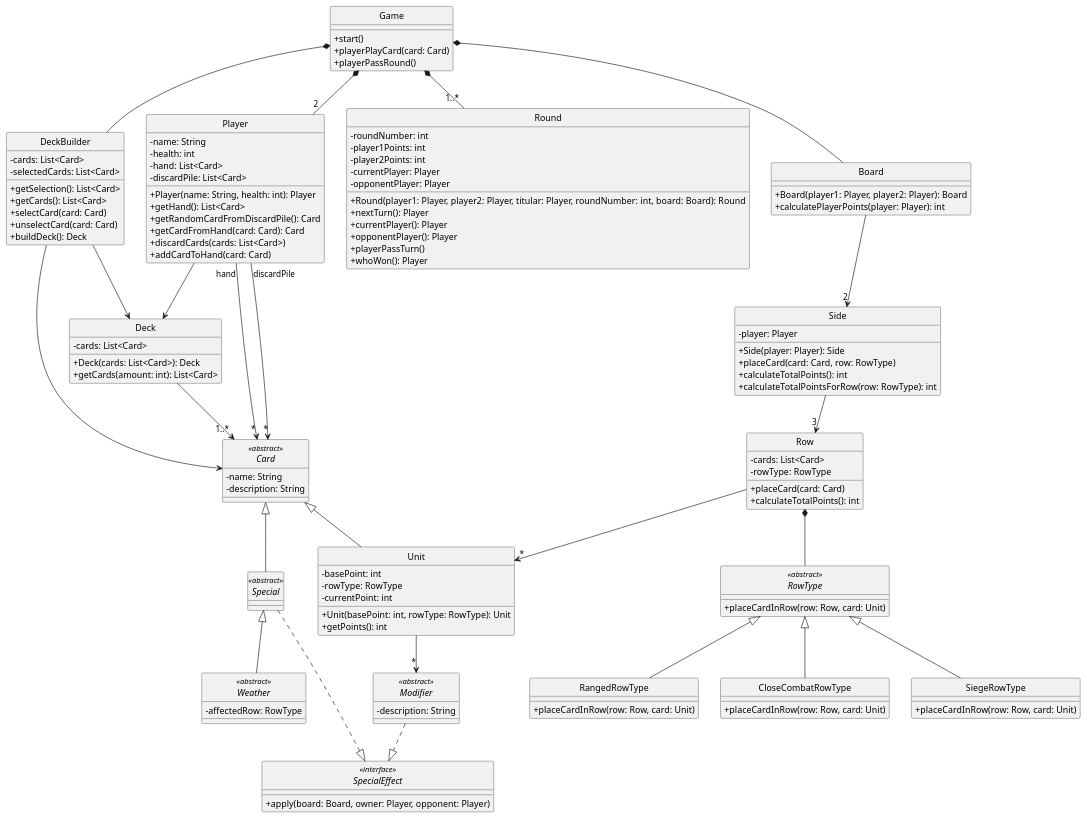
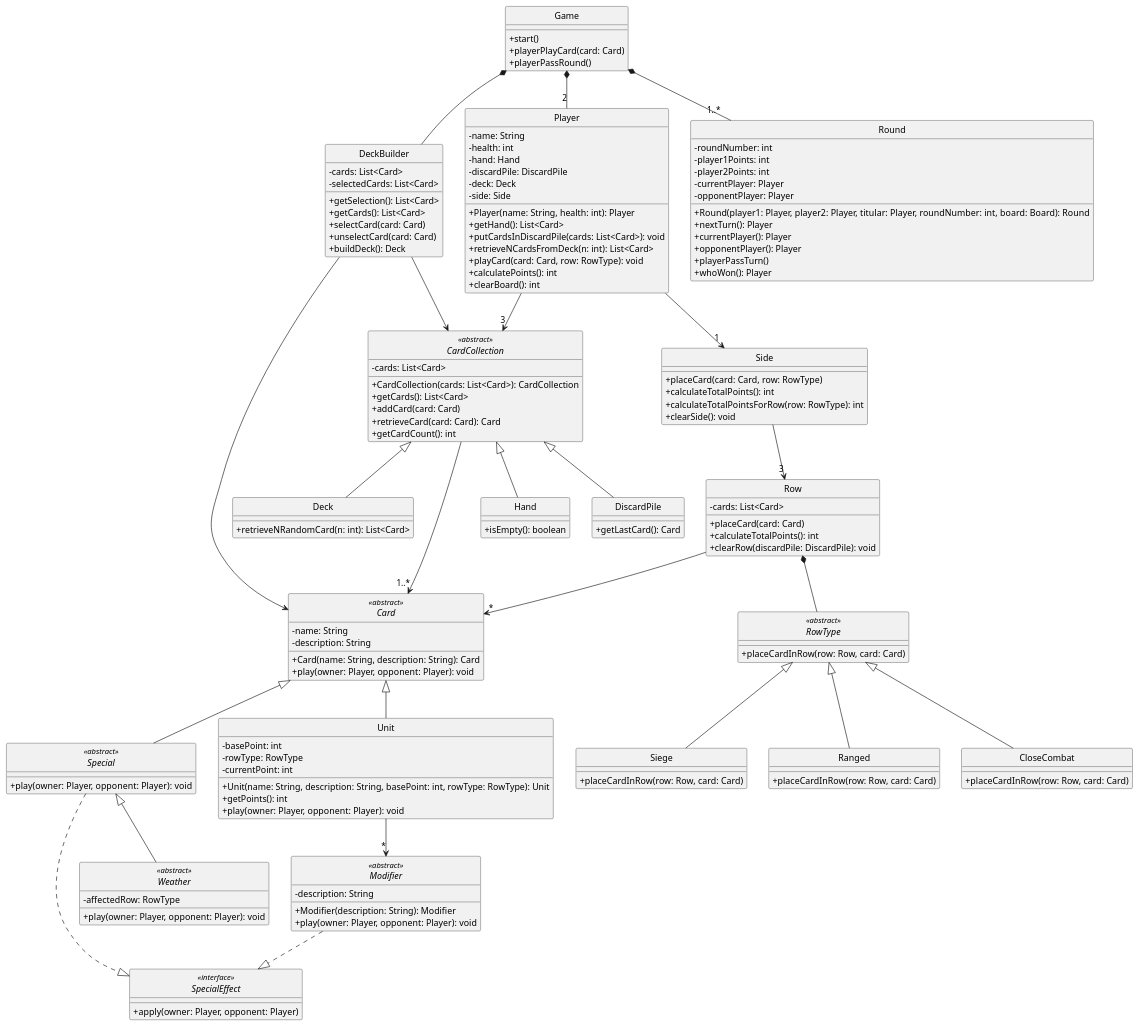
One commit to Yonhir/algo3_proyecto_base_tp2 changed the diagram in diagrams/classes/boceto.plantuml. Above: the diagram before and after it, drawn with PlantUML. The commit also changed 12 other files, not shown here.

Commit message:
Issue 14 - Actualización diagramas (#9)

```diff
--- a/diagrams/classes/boceto.plantuml
+++ b/diagrams/classes/boceto.plantuml
@@ -1,161 +1,176 @@
 @startuml
 
 skinparam monochrome true
 hide circle
 skinparam classAttributeIconSize 0
 
 ' =====================
 ' GAME
 ' =====================
 class Game {
   +start()
   +playerPlayCard(card: Card)
   +playerPassRound()
 }
 
 class DeckBuilder {
   -cards: List<Card>
   -selectedCards: List<Card>
   +getSelection(): List<Card>
   +getCards(): List<Card>
   +selectCard(card: Card)
   +unselectCard(card: Card)
   +buildDeck(): Deck
 }
 
+abstract class CardCollection <<abstract>> {
+  -cards: List<Card>
+  +CardCollection(cards: List<Card>): CardCollection
+  +getCards(): List<Card>
+  +addCard(card: Card)
+  +retrieveCard(card: Card): Card
+  +getCardCount(): int
+}
+
+class Hand {
+  +isEmpty(): boolean
+}
+
+class DiscardPile {
+  +getLastCard(): Card
+}
+
 class Deck {
-  -cards: List<Card>
-  +Deck(cards: List<Card>): Deck
-  +getCards(amount: int): List<Card>
+  +retrieveNRandomCard(n: int): List<Card>
 }
 
 class Player {
   -name: String
   -health: int
-  -hand: List<Card>
-  -discardPile: List<Card>
+  -hand: Hand
+  -discardPile: DiscardPile
+  -deck: Deck
+  -side: Side
   +Player(name: String, health: int): Player
   +getHand(): List<Card>
-  +getRandomCardFromDiscardPile(): Card
-  +getCardFromHand(card: Card): Card
-  +discardCards(cards: List<Card>)
-  +addCardToHand(card: Card)
+  +putCardsInDiscardPile(cards: List<Card>): void
+  +retrieveNCardsFromDeck(n: int): List<Card>
+  +playCard(card: Card, row: RowType): void
+  +calculatePoints(): int
+  +clearBoard(): int
 }
 
 class Round {
   -roundNumber: int
   -player1Points: int
   -player2Points: int
   -currentPlayer: Player
   -opponentPlayer: Player
   +Round(player1: Player, player2: Player, titular: Player, roundNumber: int, board: Board): Round
   +nextTurn(): Player
   +currentPlayer(): Player
   +opponentPlayer(): Player
   +playerPassTurn()
   +whoWon(): Player
 }
 
-class Board {
-  +Board(player1: Player, player2: Player): Board
-  +calculatePlayerPoints(player: Player): int
-}
-
 class Side {
-  -player: Player
-  +Side(player: Player): Side
   +placeCard(card: Card, row: RowType)
   +calculateTotalPoints(): int
   +calculateTotalPointsForRow(row: RowType): int
+  +clearSide(): void
 }
 
 abstract class RowType <<abstract>> {
-  +placeCardInRow(row: Row, card: Unit)
+  +placeCardInRow(row: Row, card: Card)
 }
 
-class RangedRowType extends RowType {
-  +placeCardInRow(row: Row, card: Unit)
+class Ranged extends RowType {
+  +placeCardInRow(row: Row, card: Card)
 }
 
-class CloseCombatRowType extends RowType {
-  +placeCardInRow(row: Row, card: Unit)
+class CloseCombat extends RowType {
+  +placeCardInRow(row: Row, card: Card)
 }
 
-class SiegeRowType extends RowType {
-  +placeCardInRow(row: Row, card: Unit)
+class Siege extends RowType {
+  +placeCardInRow(row: Row, card: Card)
 }
 
 class Row {
   -cards: List<Card>
-  -rowType: RowType
   +placeCard(card: Card)
   +calculateTotalPoints(): int
+  +clearRow(discardPile: DiscardPile): void
 }
-
 
 ' =====================
 ' CARD
 ' =====================
 interface SpecialEffect <<interface>> {
-  +apply(board: Board, owner: Player, opponent: Player)
+  +apply(owner: Player, opponent: Player)
 }
 
 abstract class Card <<abstract>> {
   -name: String
   -description: String
+  +Card(name: String, description: String): Card
+  +play(owner: Player, opponent: Player): void
 }
 
 class Unit {
   -basePoint: int
   -rowType: RowType
   -currentPoint: int
-  +Unit(basePoint: int, rowType: RowType): Unit
+  +Unit(name: String, description: String, basePoint: int, rowType: RowType): Unit
   +getPoints(): int
+  +play(owner: Player, opponent: Player): void
 }
 
 abstract class Special <<abstract>> {
+  +play(owner: Player, opponent: Player): void
 }
 
 abstract class Weather <<abstract>> {
   -affectedRow: RowType
+  +play(owner: Player, opponent: Player): void
 }
 
 abstract class Modifier <<abstract>> {
   -description: String
+  +Modifier(description: String): Modifier
+  +play(owner: Player, opponent: Player): void
 }
-
 
 ' =====================
 ' RELATIONSHIPS
 ' =====================
 
-Game *-- Board
 Game *-- "1..*" Round
 Game *-- "2" Player
 Game *-- DeckBuilder
 
 DeckBuilder --> Card
-DeckBuilder --> Deck
+DeckBuilder --> CardCollection
 
-Deck --> "1..*" Card
+CardCollection --> "1..*" Card
+CardCollection <|-- Hand
+CardCollection <|-- DiscardPile
+CardCollection <|-- Deck
 
-Player "hand" --> "*" Card
-Player "discardPile" --> "*" Card
-Player --> Deck
-
-Board --> "2" Side
+Player --> "3" CardCollection
+Player --> "1" Side
 
 Side --> "3" Row
-
 Row *-- RowType
-Row --> "*" Unit
+Row --> "*" Card
 
 Card <|-- Unit
 Card <|-- Special
 Special <|-- Weather
 
 Unit --> "*" Modifier
 Modifier ..|> SpecialEffect
 Special ..|> SpecialEffect
 
 @enduml
```
